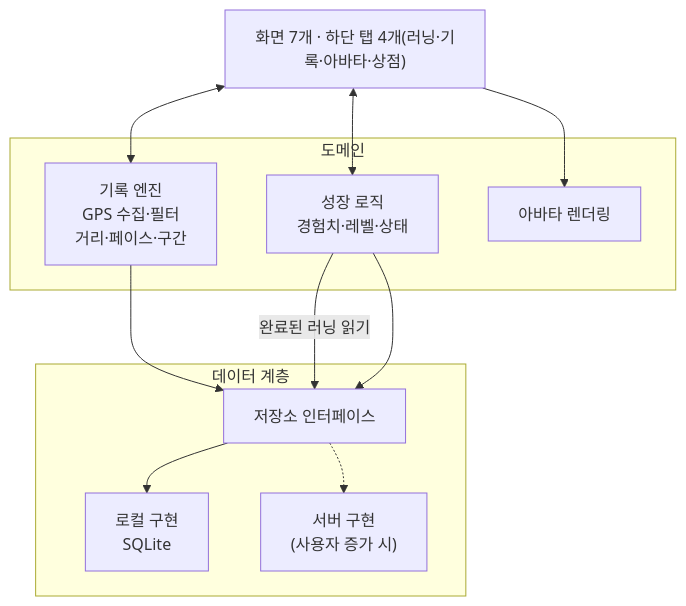
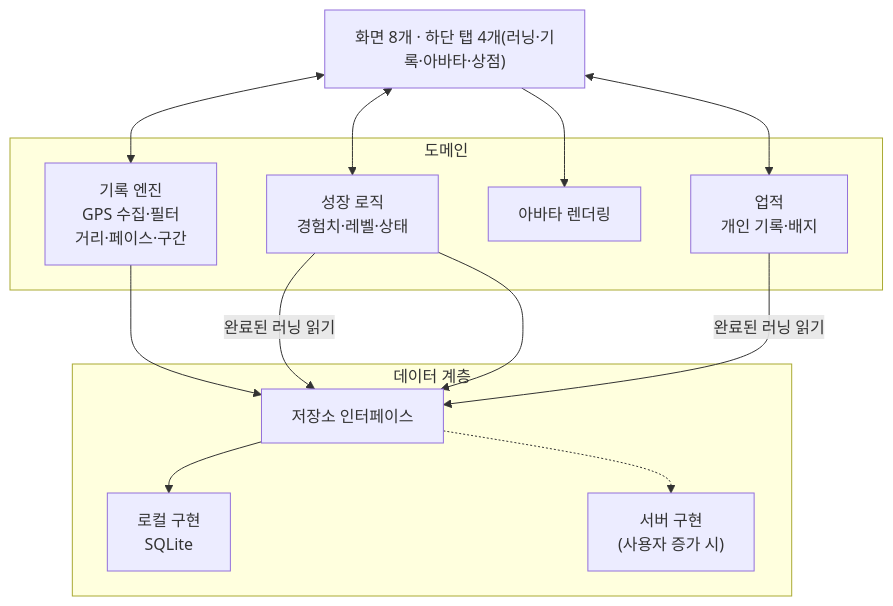
The diagram in docs/architecture.md (dhkim1522/runmagochi), drawn with Mermaid before and after one commit. The commit also changed other lines of this file and 7 other files, not shown here.

````diff
--- a/docs/architecture.md
+++ b/docs/architecture.md
@@ -22,22 +25,25 @@
 ```mermaid
 flowchart TB
-    UI["화면 7개 · 하단 탭 4개(러닝·기록·아바타·상점)"]
+    UI["화면 8개 · 하단 탭 4개(러닝·기록·아바타·상점)"]
     subgraph Domain["도메인"]
         Engine["기록 엔진<br/>GPS 수집·필터<br/>거리·페이스·구간"]
         Growth["성장 로직<br/>경험치·레벨·상태"]
+        Achieve["업적<br/>개인 기록·배지"]
         Avatar["아바타 렌더링"]
     end
     subgraph Data["데이터 계층"]
         Repo["저장소 인터페이스"]
         Local["로컬 구현<br/>SQLite"]
         Remote["서버 구현<br/>(사용자 증가 시)"]
     end
     UI <--> Engine
     UI <--> Growth
     UI --> Avatar
+    UI <--> Achieve
+    Achieve -- "완료된 러닝 읽기" --> Repo
     Growth -- "완료된 러닝 읽기" --> Repo
     Engine --> Repo
     Growth --> Repo
     Repo --> Local
     Repo -.-> Remote
 ```
````
